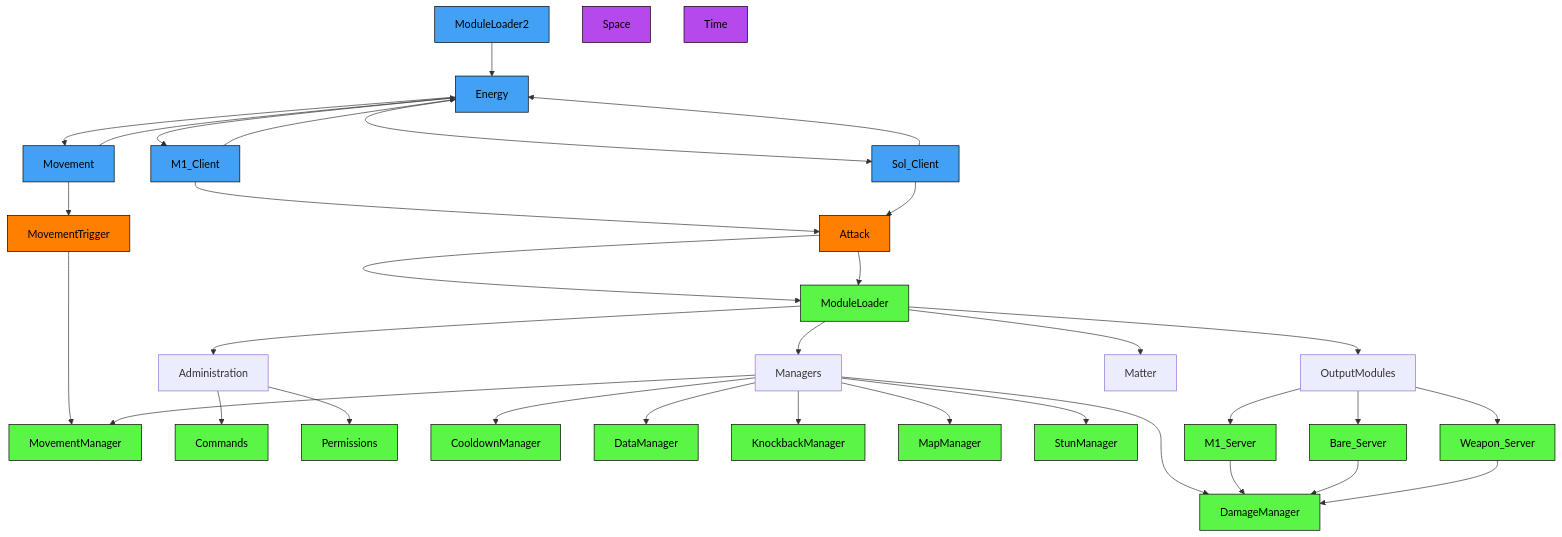
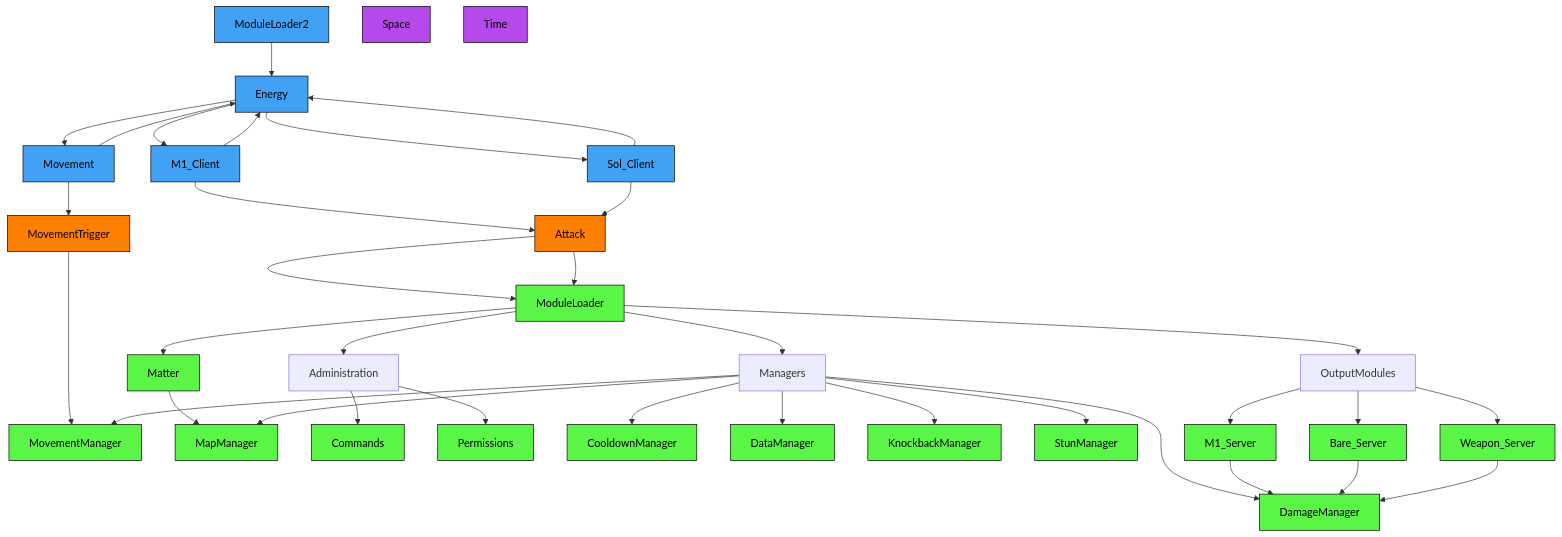
Before and after one commit to altair5607249/Crusaders-Game: the diagram in README.md, drawn with Mermaid.

````diff
--- a/README.md
+++ b/README.md
@@ -21,39 +21,39 @@
 ```mermaid
 graph TD;
 
   classDef serverNode fill:#5bf547,stroke:#000000,color:#000000
   classDef clientNode fill:#42a1f5,stroke:#000000,color:#000000
   classDef remoteEvent fill:#FF7F00,stroke:#000000,color:#000000
   classDef universalNode fill:#b549eb,stroke:#000000,color:#000000
 
   ModuleLoader2-->Energy;
   Energy-->M1_Client-->Energy;
   Energy-->Sol_Client-->Energy;
   Energy-->Movement-->Energy;
   M1_Client-->Attack-->ModuleLoader;
   Sol_Client-->Attack-->ModuleLoader;
   Movement-->MovementTrigger-->MovementManager;
   ModuleLoader-->Administration;
   ModuleLoader-->Managers;
   ModuleLoader-->OutputModules;
-  ModuleLoader-->Matter;
+  ModuleLoader-->Matter-->MapManager;
   Administration-->Commands;
   Administration-->Permissions;
   Managers-->CooldownManager;
   Managers-->DamageManager;
   Managers-->DataManager;
   Managers-->KnockbackManager;
   Managers-->MapManager;
   Managers-->MovementManager;
   Managers-->StunManager;
   OutputModules-->M1_Server-->DamageManager;
   OutputModules-->Bare_Server-->DamageManager;
   OutputModules-->Weapon_Server-->DamageManager;
   Space;
   Time;
 
-  class ModuleLoader,M1_Server,Bare_Server,Weapon_Server,MovementManager,Commands,Permissions,CooldownManager,DamageManager,DataManager,KnockbackManager,MapManager,MovementManager,StunManager serverNode;
+  class ModuleLoader,M1_Server,Bare_Server,Weapon_Server,MovementManager,Commands,Permissions,CooldownManager,DamageManager,DataManager,KnockbackManager,MapManager,MovementManager,StunManager,Matter serverNode;
   class ModuleLoader2,Energy,M1_Client,Sol_Client,Movement clientNode;
   class Attack,MovementTrigger remoteEvent;
   class Space,Time universalNode;
 ```  
````
